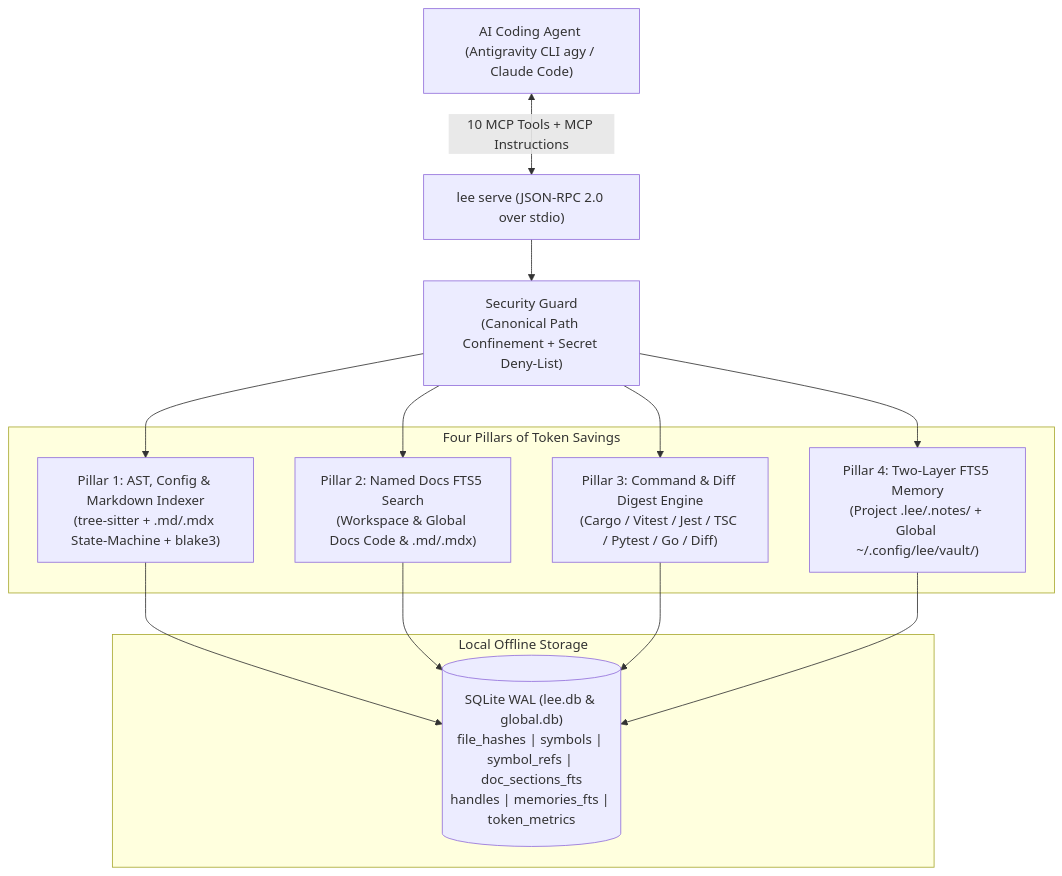
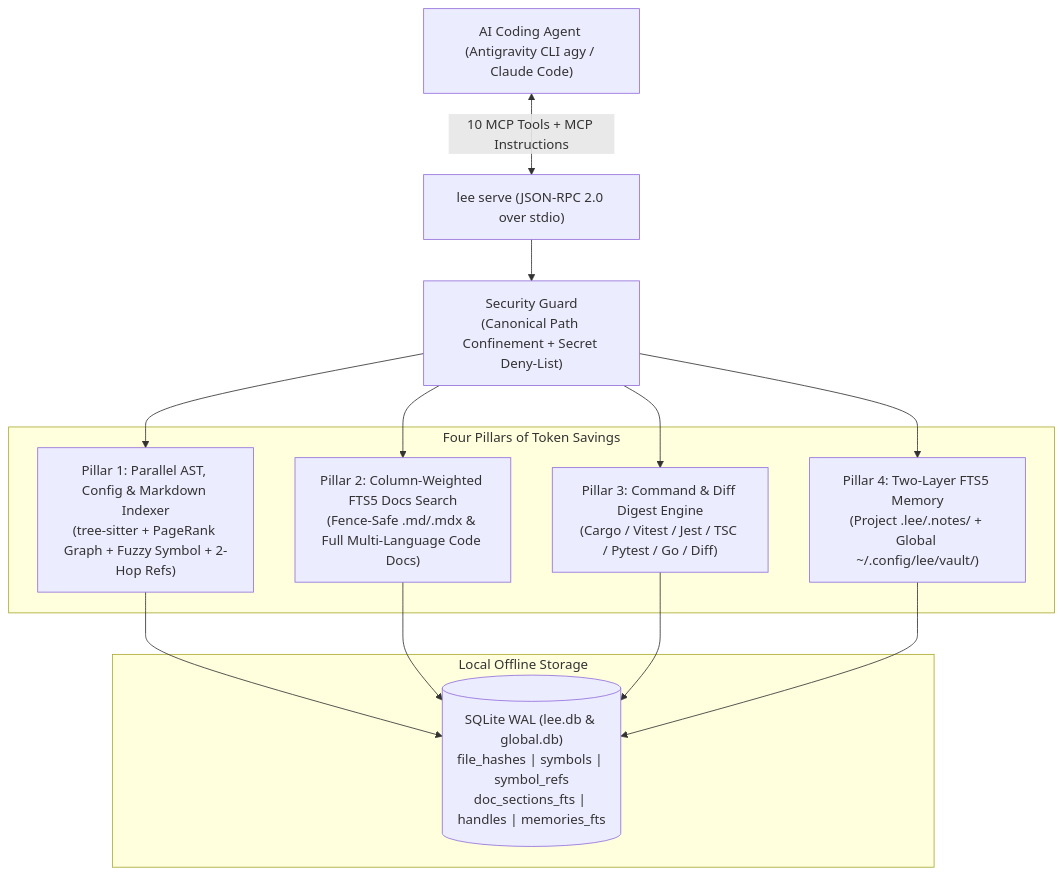
The diagram in README.md (1kaye/lee), drawn with Mermaid before and after one commit. The commit also changed other lines of this file and 10 other files, not shown here.

Commit message:
prune unused CLI/metrics bloat and add PageRank map, weighted BM25 subword FTS5, fuzzy symbol lookup, 2-hop refs, and parallel file parsing

````diff
--- a/README.md
+++ b/README.md
@@ -26,29 +26,29 @@
 ```mermaid
 flowchart TD
     Agent["AI Coding Agent (Antigravity CLI agy / Claude Code)"]
     MCP["lee serve (JSON-RPC 2.0 over stdio)"]
     Sec["Security Guard\n(Canonical Path Confinement + Secret Deny-List)"]
 
     subgraph Pillars["Four Pillars of Token Savings"]
-        Indexer["Pillar 1: AST, Config & Markdown Indexer\n(tree-sitter + .md/.mdx State-Machine + blake3)"]
-        DocSearch["Pillar 2: Named Docs FTS5 Search\n(Workspace & Global Docs Code & .md/.mdx)"]
+        Indexer["Pillar 1: Parallel AST, Config & Markdown Indexer\n(tree-sitter + PageRank Graph + Fuzzy Symbol + 2-Hop Refs)"]
+        DocSearch["Pillar 2: Column-Weighted FTS5 Docs Search\n(Fence-Safe .md/.mdx & Full Multi-Language Code Docs)"]
         Digest["Pillar 3: Command & Diff Digest Engine\n(Cargo / Vitest / Jest / TSC / Pytest / Go / Diff)"]
         Memory["Pillar 4: Two-Layer FTS5 Memory\n(Project .lee/.notes/ + Global ~/.config/lee/vault/)"]
     end
 
     subgraph Storage["Local Offline Storage"]
-        DB[("SQLite WAL (lee.db & global.db)\nfile_hashes | symbols | symbol_refs | doc_sections_fts\nhandles | memories_fts | token_metrics")]
+        DB[("SQLite WAL (lee.db & global.db)\nfile_hashes | symbols | symbol_refs\ndoc_sections_fts | handles | memories_fts")]
     end
 
     Agent <-->|"10 MCP Tools + MCP Instructions"| MCP
     MCP --> Sec
     Sec --> Indexer
     Sec --> DocSearch
     Sec --> Digest
     Sec --> Memory
 
     Indexer --> DB
     DocSearch --> DB
     Digest --> DB
     Memory --> DB
 ```
````
